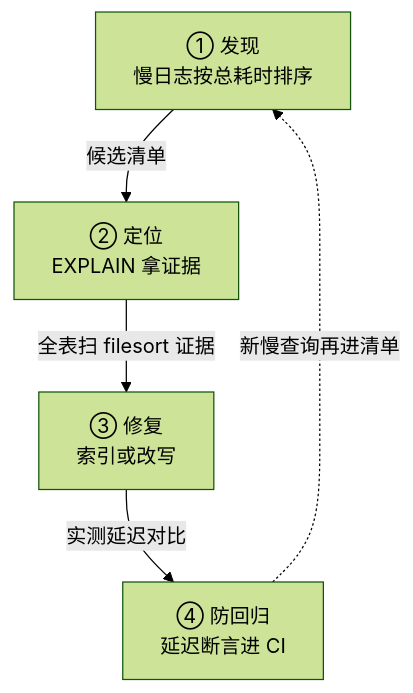
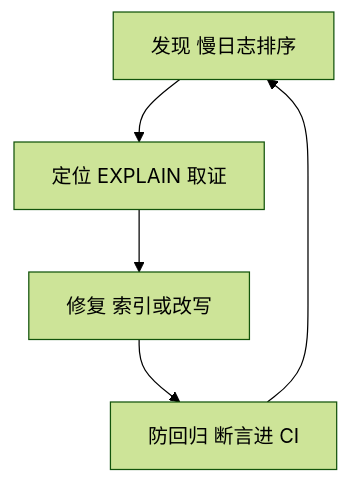
The second of 3 diagrams in vault/工程知识/数据系统：在并发与故障中保存事实/查询与索引/慢查询治理从发现到索引闭环.md (hub138/technical-knowledge), drawn with Mermaid (forest theme) before and after one commit. The commit also changed other lines of this file and 622 other files, not shown here.

````diff
--- a/vault/工程知识/数据系统：在并发与故障中保存事实/查询与索引/慢查询治理从发现到索引闭环.md
+++ b/vault/工程知识/数据系统：在并发与故障中保存事实/查询与索引/慢查询治理从发现到索引闭环.md
@@ -39,7 +51,7 @@
 ```mermaid
 graph TD
-    F["① 发现<br/>慢日志按总耗时排序"] -->|"候选清单"| L["② 定位<br/>EXPLAIN 拿证据"]
-    L -->|"全表扫 filesort 证据"| X["③ 修复<br/>索引或改写"]
-    X -->|"实测延迟对比"| P["④ 防回归<br/>延迟断言进 CI"]
-    P -.->|"新慢查询再进清单"| F
+    F["发现 慢日志排序"] --> L["定位 EXPLAIN 取证"]
+    L --> X["修复 索引或改写"]
+    X --> P["防回归 断言进 CI"]
+    P --> F
 ```
````
